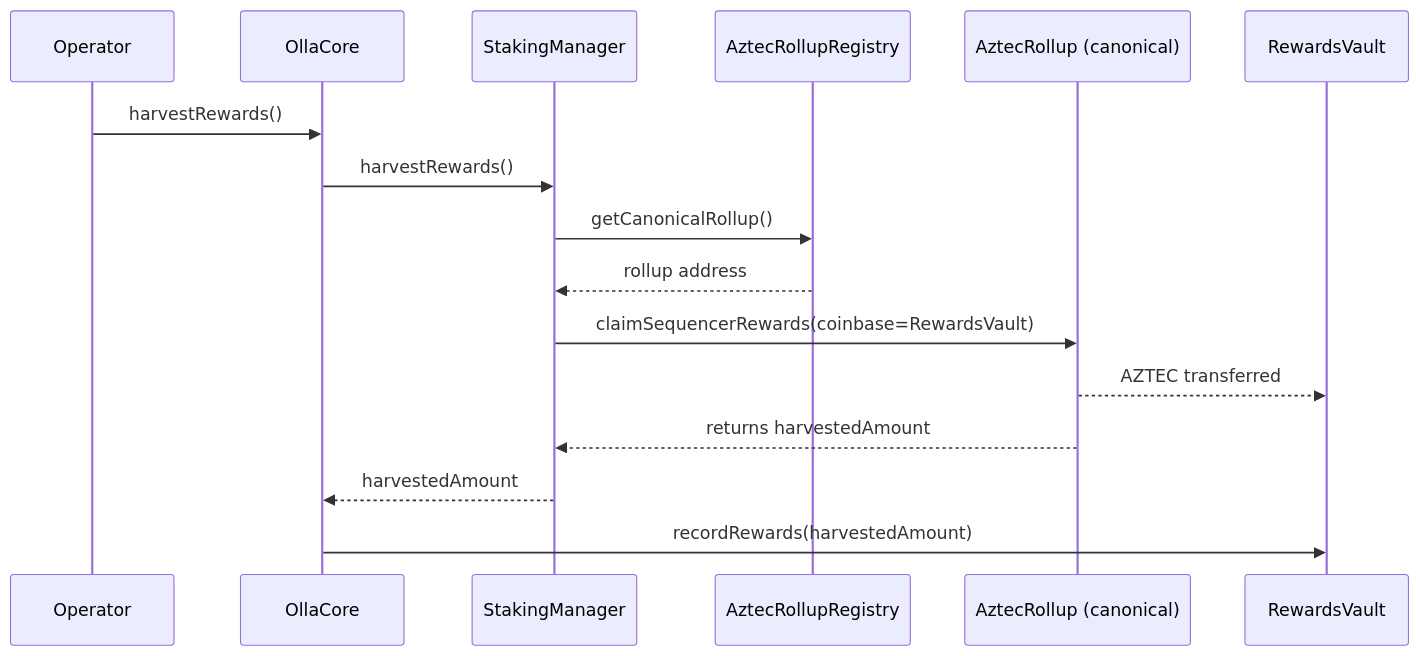
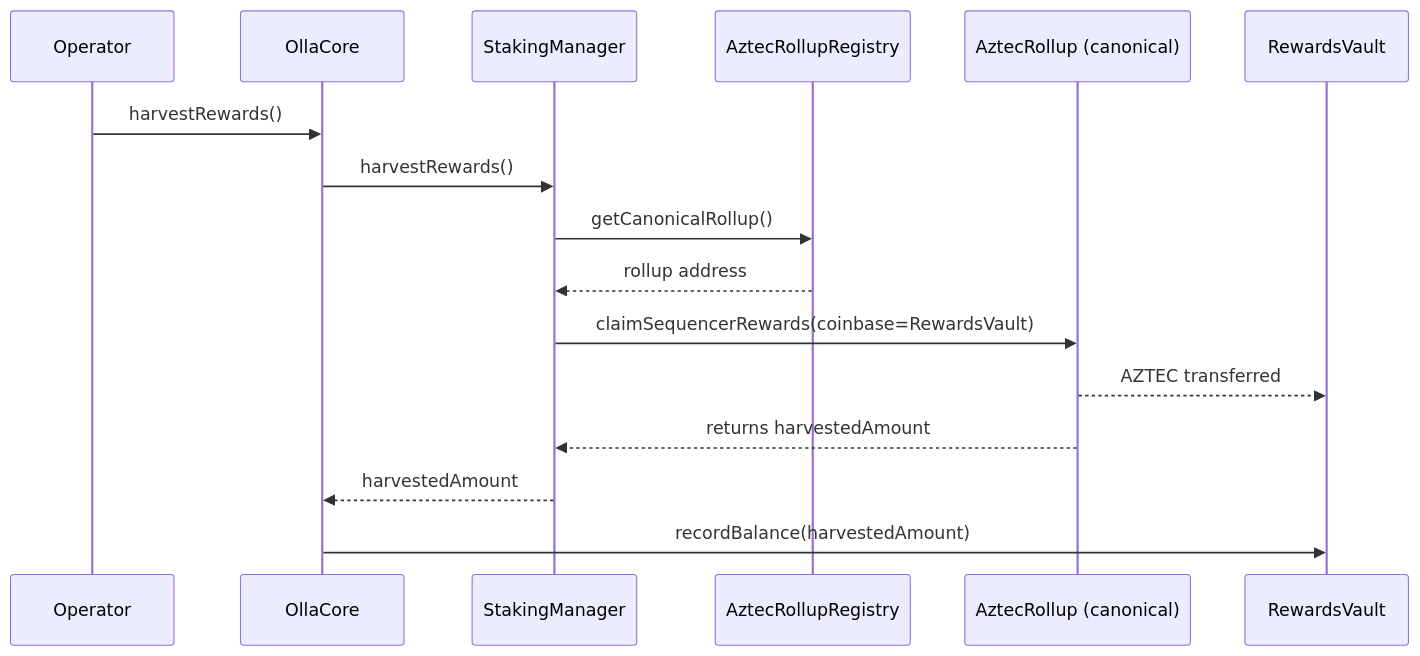
One commit to ollafinance/core changed the fourth of 6 diagrams in mermaid-diagrams.md. Above: the diagram before and after it, drawn with Mermaid. The commit also changed other lines of this file and 12 other files, not shown here.

````diff
--- a/mermaid-diagrams.md
+++ b/mermaid-diagrams.md
@@ -175,19 +175,19 @@
 ```mermaid
 sequenceDiagram
     participant OP as Operator
     participant C as OllaCore
     participant SM as StakingManager
     participant RR as AztecRollupRegistry
     participant AR as AztecRollup (canonical)
     participant RV as RewardsVault
 
     OP->>C: harvestRewards()
     C->>SM: harvestRewards()
     SM->>RR: getCanonicalRollup()
     RR-->>SM: rollup address
     SM->>AR: claimSequencerRewards(coinbase=RewardsVault)
     AR-->>RV: AZTEC transferred
     AR-->>SM: returns harvestedAmount
     SM-->>C: harvestedAmount
-    C->>RV: recordRewards(harvestedAmount)
+    C->>RV: recordBalance(harvestedAmount)
 ```
````
